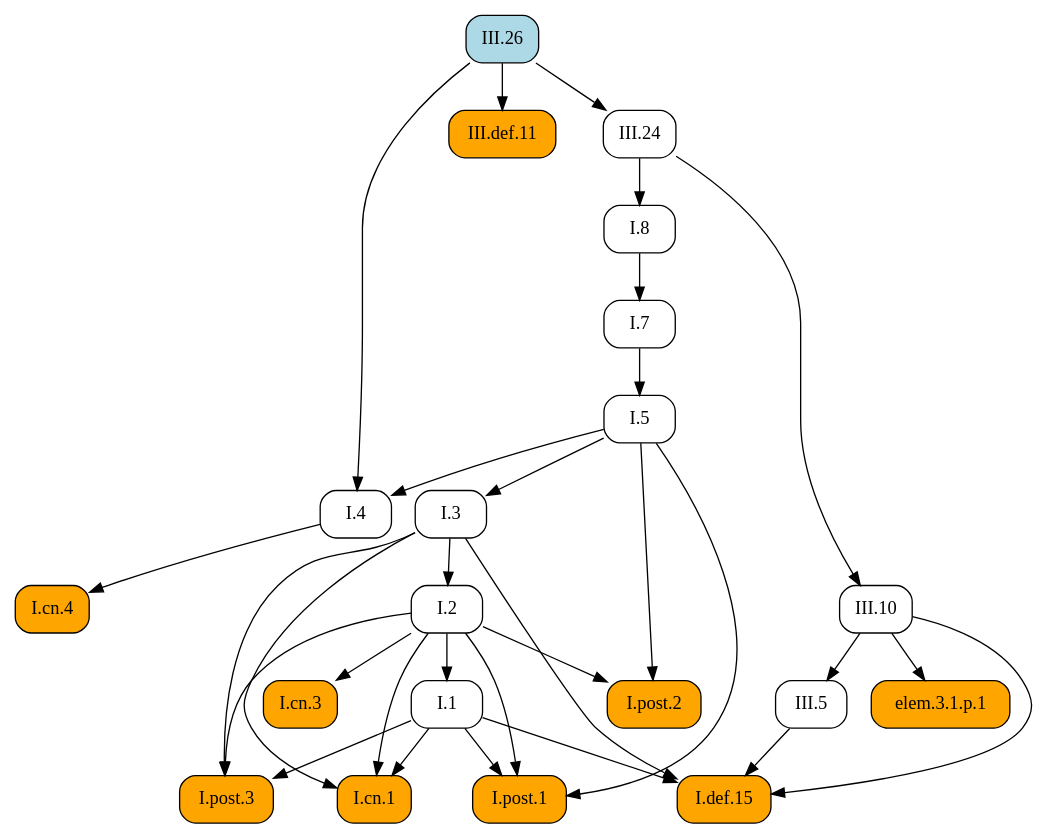
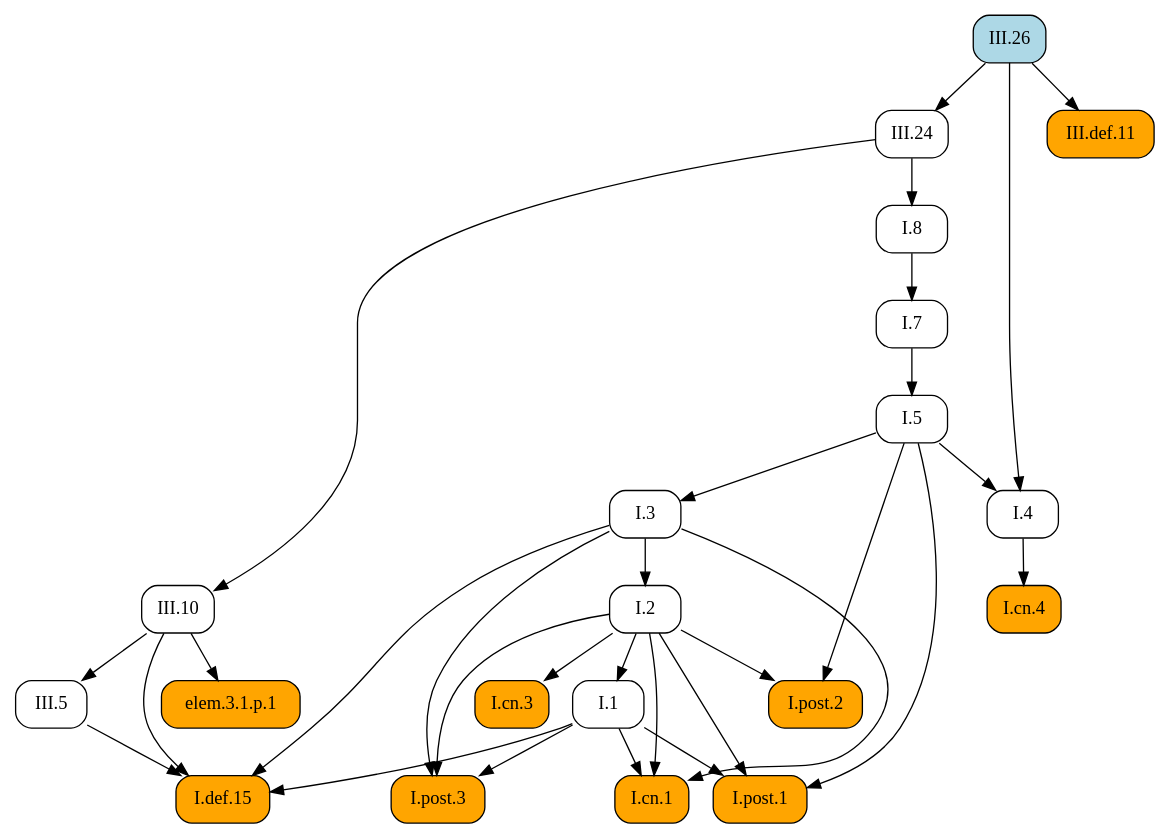
The diagram in docsrc/elements2/III/26/index.rst (geometor/elements), drawn with Graphviz before and after one commit. The commit also changed other lines of this file and 409 other files, not shown here.

First line of the commit message:
feat: Add image cropping and graphic extraction script

```diff
--- a/docsrc/elements2/III/26/index.rst
+++ b/docsrc/elements2/III/26/index.rst
@@ -66,56 +66,56 @@
 .. graphviz::
 
    digraph {
      rankdir="TB";
      node [shape=box, style=rounded];
+     "I.def.15" [style="rounded,filled", fillcolor=orange, URL="/elements2/I/def.15/", target="_top"];
      "I.8" [URL="/elements2/I/8/", target="_top"];
-     "I.1" [URL="/elements2/I/1/", target="_top"];
-     "I.cn.4" [style="rounded,filled", fillcolor=orange, URL="/elements2/I/cn.4/", target="_top"];
+     "III.5" [URL="/elements2/III/5/", target="_top"];
+     "I.5" [URL="/elements2/I/5/", target="_top"];
+     "I.3" [URL="/elements2/I/3/", target="_top"];
      "I.cn.3" [style="rounded,filled", fillcolor=orange, URL="/elements2/I/cn.3/", target="_top"];
-     "III.5" [URL="/elements2/III/5/", target="_top"];
+     "I.cn.1" [style="rounded,filled", fillcolor=orange, URL="/elements2/I/cn.1/", target="_top"];
+     "III.24" [URL="/elements2/III/24/", target="_top"];
+     "I.post.3" [style="rounded,filled", fillcolor=orange, URL="/elements2/I/post.3/", target="_top"];
+     "I.4" [URL="/elements2/I/4/", target="_top"];
      "I.7" [URL="/elements2/I/7/", target="_top"];
+     "elem.3.1.p.1" [style="rounded,filled", fillcolor=orange];
      "III.26" [style="rounded,filled", fillcolor=lightblue, URL="/elements2/III/26/", target="_top"];
      "I.post.1" [style="rounded,filled", fillcolor=orange, URL="/elements2/I/post.1/", target="_top"];
-     "elem.3.1.p.1" [style="rounded,filled", fillcolor=orange];
-     "I.5" [URL="/elements2/I/5/", target="_top"];
-     "I.cn.1" [style="rounded,filled", fillcolor=orange, URL="/elements2/I/cn.1/", target="_top"];
+     "III.10" [URL="/elements2/III/10/", target="_top"];
      "I.2" [URL="/elements2/I/2/", target="_top"];
-     "I.def.15" [style="rounded,filled", fillcolor=orange, URL="/elements2/I/def.15/", target="_top"];
-     "I.4" [URL="/elements2/I/4/", target="_top"];
      "III.def.11" [style="rounded,filled", fillcolor=orange, URL="/elements2/III/def.11/", target="_top"];
-     "III.24" [URL="/elements2/III/24/", target="_top"];
-     "III.10" [URL="/elements2/III/10/", target="_top"];
-     "I.3" [URL="/elements2/I/3/", target="_top"];
+     "I.cn.4" [style="rounded,filled", fillcolor=orange, URL="/elements2/I/cn.4/", target="_top"];
+     "I.1" [URL="/elements2/I/1/", target="_top"];
      "I.post.2" [style="rounded,filled", fillcolor=orange, URL="/elements2/I/post.2/", target="_top"];
-     "I.post.3" [style="rounded,filled", fillcolor=orange, URL="/elements2/I/post.3/", target="_top"];
-     "III.24" -> "I.8";
-     "I.2" -> "I.1";
-     "I.4" -> "I.cn.4";
-     "I.2" -> "I.cn.3";
-     "III.10" -> "III.5";
-     "I.8" -> "I.7";
-     "I.1" -> "I.post.1";
-     "I.2" -> "I.post.1";
-     "I.5" -> "I.post.1";
-     "III.10" -> "elem.3.1.p.1";
-     "I.7" -> "I.5";
-     "I.1" -> "I.cn.1";
-     "I.2" -> "I.cn.1";
-     "I.3" -> "I.cn.1";
-     "I.3" -> "I.2";
      "I.1" -> "I.def.15";
      "I.3" -> "I.def.15";
      "III.5" -> "I.def.15";
      "III.10" -> "I.def.15";
-     "I.5" -> "I.4";
-     "III.26" -> "I.4";
-     "III.26" -> "III.def.11";
+     "III.24" -> "I.8";
+     "III.10" -> "III.5";
+     "I.7" -> "I.5";
+     "I.5" -> "I.3";
+     "I.2" -> "I.cn.3";
+     "I.1" -> "I.cn.1";
+     "I.2" -> "I.cn.1";
+     "I.3" -> "I.cn.1";
      "III.26" -> "III.24";
-     "III.24" -> "III.10";
-     "I.5" -> "I.3";
-     "I.2" -> "I.post.2";
-     "I.5" -> "I.post.2";
      "I.1" -> "I.post.3";
      "I.2" -> "I.post.3";
      "I.3" -> "I.post.3";
+     "I.5" -> "I.4";
+     "III.26" -> "I.4";
+     "I.8" -> "I.7";
+     "III.10" -> "elem.3.1.p.1";
+     "I.1" -> "I.post.1";
+     "I.2" -> "I.post.1";
+     "I.5" -> "I.post.1";
+     "III.24" -> "III.10";
+     "I.3" -> "I.2";
+     "III.26" -> "III.def.11";
+     "I.4" -> "I.cn.4";
+     "I.2" -> "I.1";
+     "I.2" -> "I.post.2";
+     "I.5" -> "I.post.2";
    }
```
